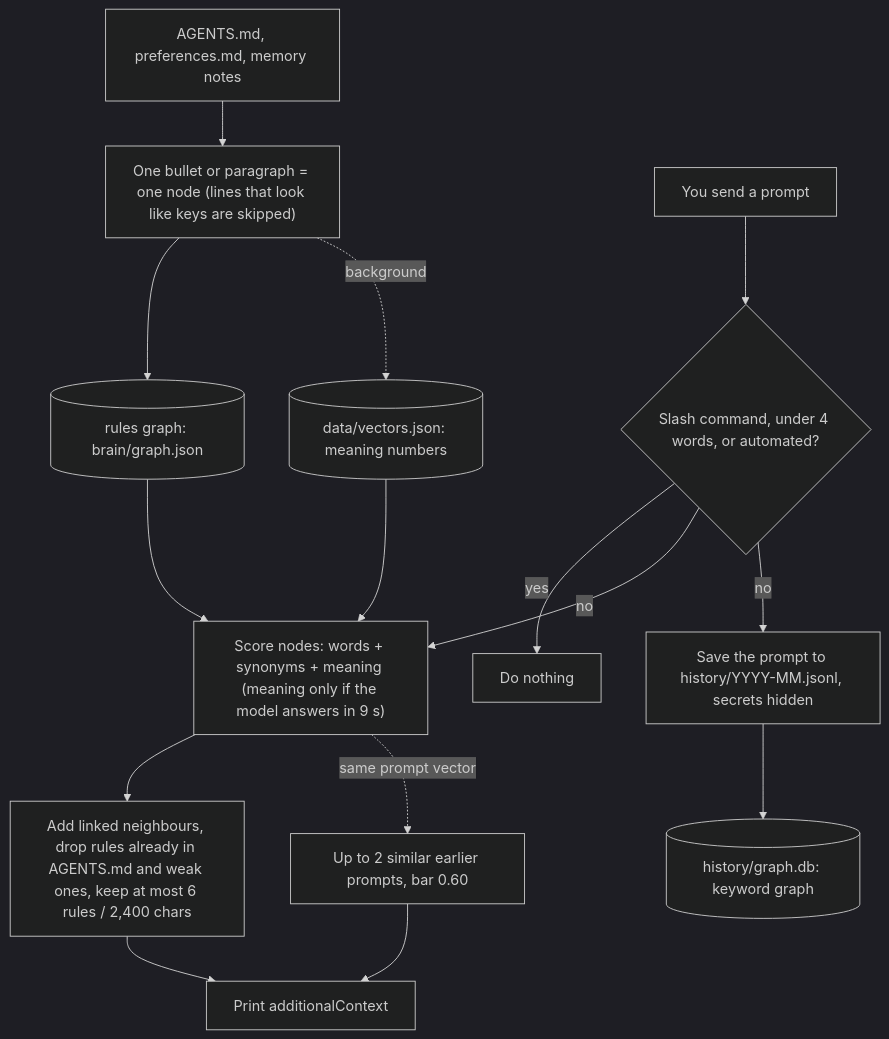
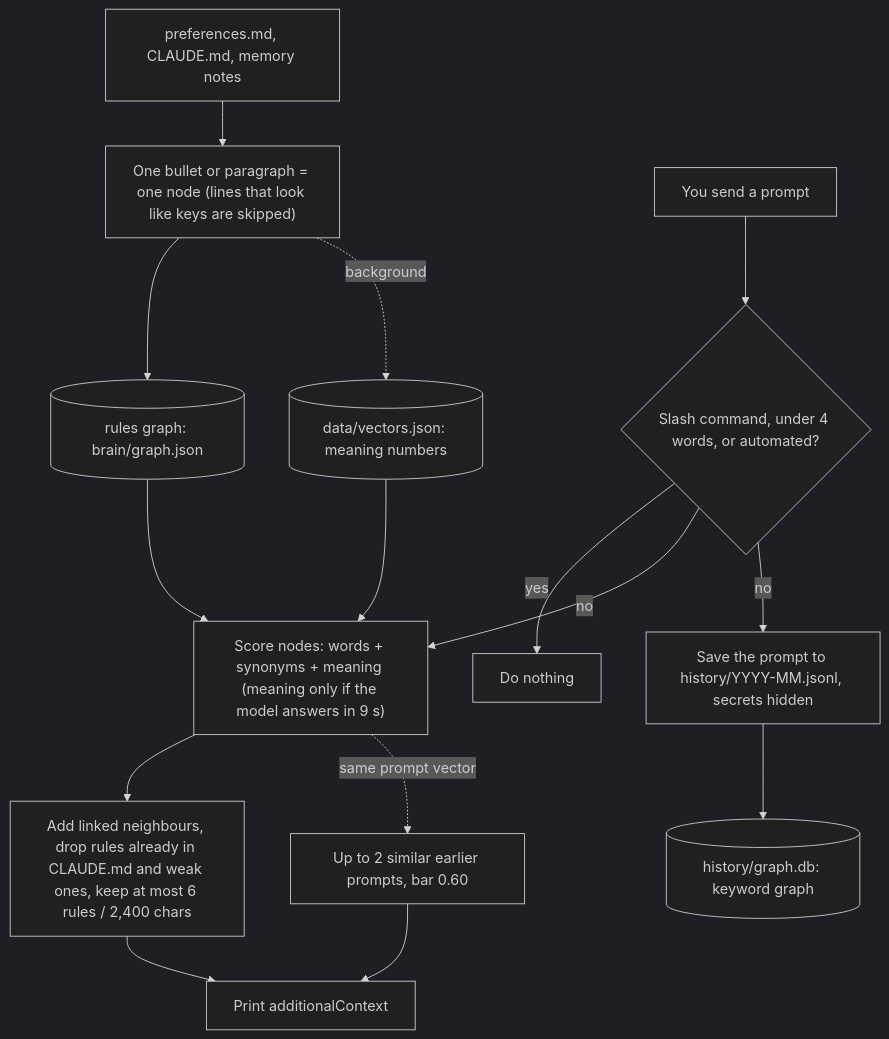
The first of 3 diagrams in README.md (ThanhNVan/ai-on-prem-brain), drawn with Mermaid (dark theme) before and after one commit. The commit also changed other lines of this file and 8 other files, not shown here.

````diff
--- a/README.md
+++ b/README.md
@@ -7,18 +7,18 @@
 ```mermaid
 flowchart TD
-    S["AGENTS.md, preferences.md, memory notes"] --> N["One bullet or paragraph = one node (lines that look like keys are skipped)"]
+    S["preferences.md, CLAUDE.md, memory notes"] --> N["One bullet or paragraph = one node (lines that look like keys are skipped)"]
     N --> G[("rules graph: brain/graph.json")]
     N -. "background" .-> V[("data/vectors.json: meaning numbers")]
 
     P["You send a prompt"] --> Q{"Slash command, under 4 words, or automated?"}
     Q -- yes --> E["Do nothing"]
     Q -- no --> M["Score nodes: words + synonyms + meaning (meaning only if the model answers in 9 s)"]
     G --> M
     V --> M
-    M --> D["Add linked neighbours, drop rules already in AGENTS.md and weak ones, keep at most 6 rules / 2,400 chars"]
+    M --> D["Add linked neighbours, drop rules already in CLAUDE.md and weak ones, keep at most 6 rules / 2,400 chars"]
     M -. "same prompt vector" .-> HS["Up to 2 similar earlier prompts, bar 0.60"]
     D --> A["Print additionalContext"]
     HS --> A
     Q -- no --> SV["Save the prompt to history/YYYY-MM.jsonl, secrets hidden"]
     SV --> KG[("history/graph.db: keyword graph")]
 ```
````
